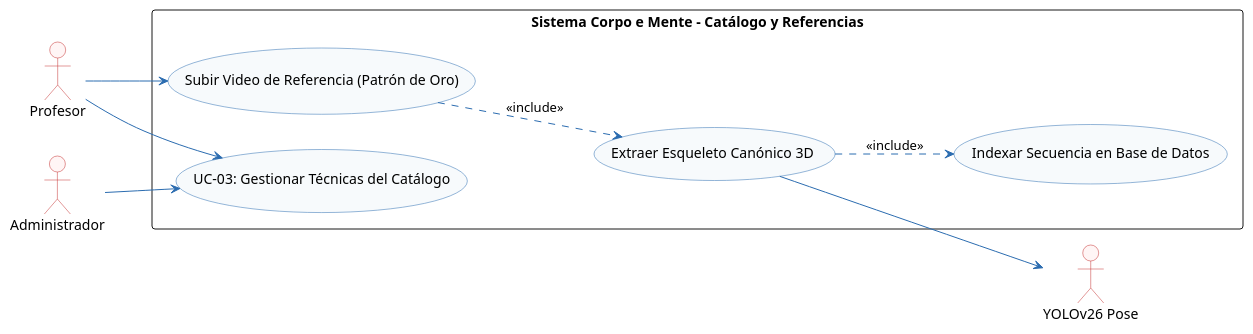
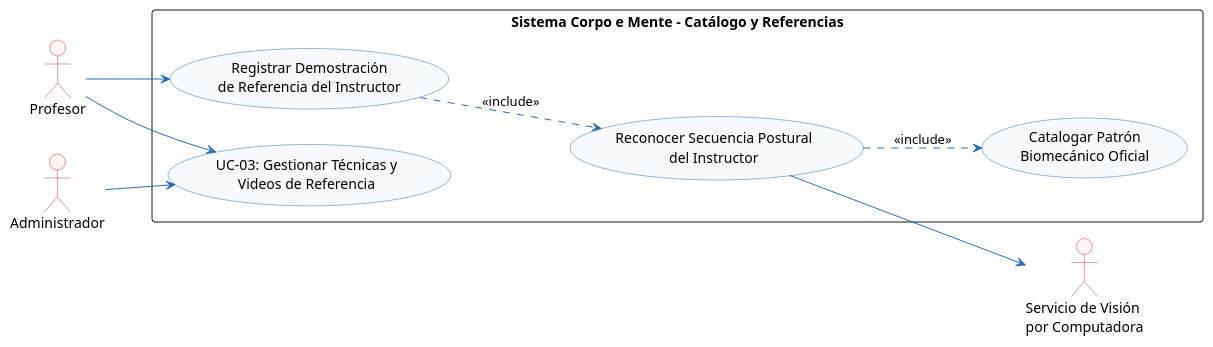
Before and after one commit to Tsmrain/JiuJitsu: the tenth of 37 diagrams in docs/ProyectoGrado.md, drawn with PlantUML. The commit also changed other lines of this file and 17 other files, not shown here.

````diff
--- a/docs/ProyectoGrado.md
+++ b/docs/ProyectoGrado.md
@@ -1693,42 +1644,38 @@
 ```plantuml
 @startuml
 left to right direction
-
 skinparam shadowing false
 skinparam monochrome false
 skinparam defaultFontName Arial
 skinparam roundcorner 6
 skinparam ArrowColor #2B6CB0
 skinparam ActorBorderColor #C53030
 skinparam ActorBackgroundColor #FFF5F5
 skinparam BoundaryBorderColor #2B6CB0
 skinparam BoundaryBackgroundColor #EBF8FF
 skinparam ControlBorderColor #2F855A
 skinparam ControlBackgroundColor #F0FFF4
 skinparam EntityBorderColor #D69E2E
 skinparam EntityBackgroundColor #FFFFF0
-skinparam DatabaseBorderColor #4A5568
-skinparam DatabaseBackgroundColor #EDF2F7
 skinparam UsecaseBorderColor #2B6CB0
 skinparam UsecaseBackgroundColor #F7FAFC
 
-
 actor "Profesor" as PR
 actor "Administrador" as AD
-actor "YOLOv26 Pose" as YOLO
+actor "Servicio de Visión\npor Computadora" as SVC
 
 rectangle "Sistema Corpo e Mente - Catálogo y Referencias" {
-    usecase "UC-03: Gestionar Técnicas del Catálogo" as UC03
-    usecase "Subir Video de Referencia (Patrón de Oro)" as UC03_Vid
-    usecase "Extraer Esqueleto Canónico 3D" as UC03_Yolo
-    usecase "Indexar Secuencia en Base de Datos" as UC03_Idx
+    usecase "UC-03: Gestionar Técnicas y\nVideos de Referencia" as UC03
+    usecase "Registrar Demostración\nde Referencia del Instructor" as UC03_Vid
+    usecase "Reconocer Secuencia Postural\ndel Instructor" as UC03_Post
+    usecase "Catalogar Patrón\nBiomecánico Oficial" as UC03_Cat
 }
 
 PR --> UC03
 AD --> UC03
 PR --> UC03_Vid
-UC03_Vid ..> UC03_Yolo : <<include>>
-UC03_Yolo ..> UC03_Idx : <<include>>
-UC03_Yolo --> YOLO
+UC03_Vid ..> UC03_Post : <<include>>
+UC03_Post ..> UC03_Cat : <<include>>
+UC03_Post --> SVC
 @enduml
 ```
````
